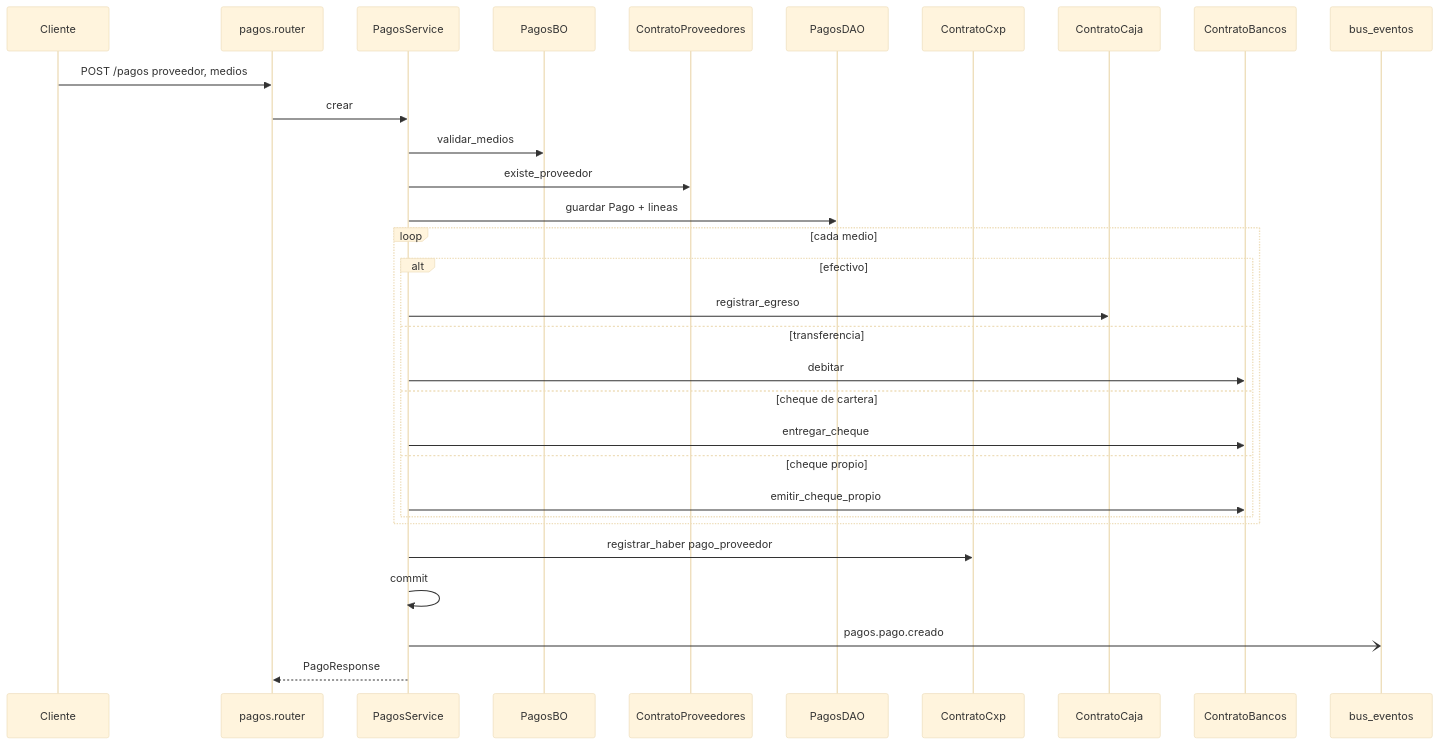
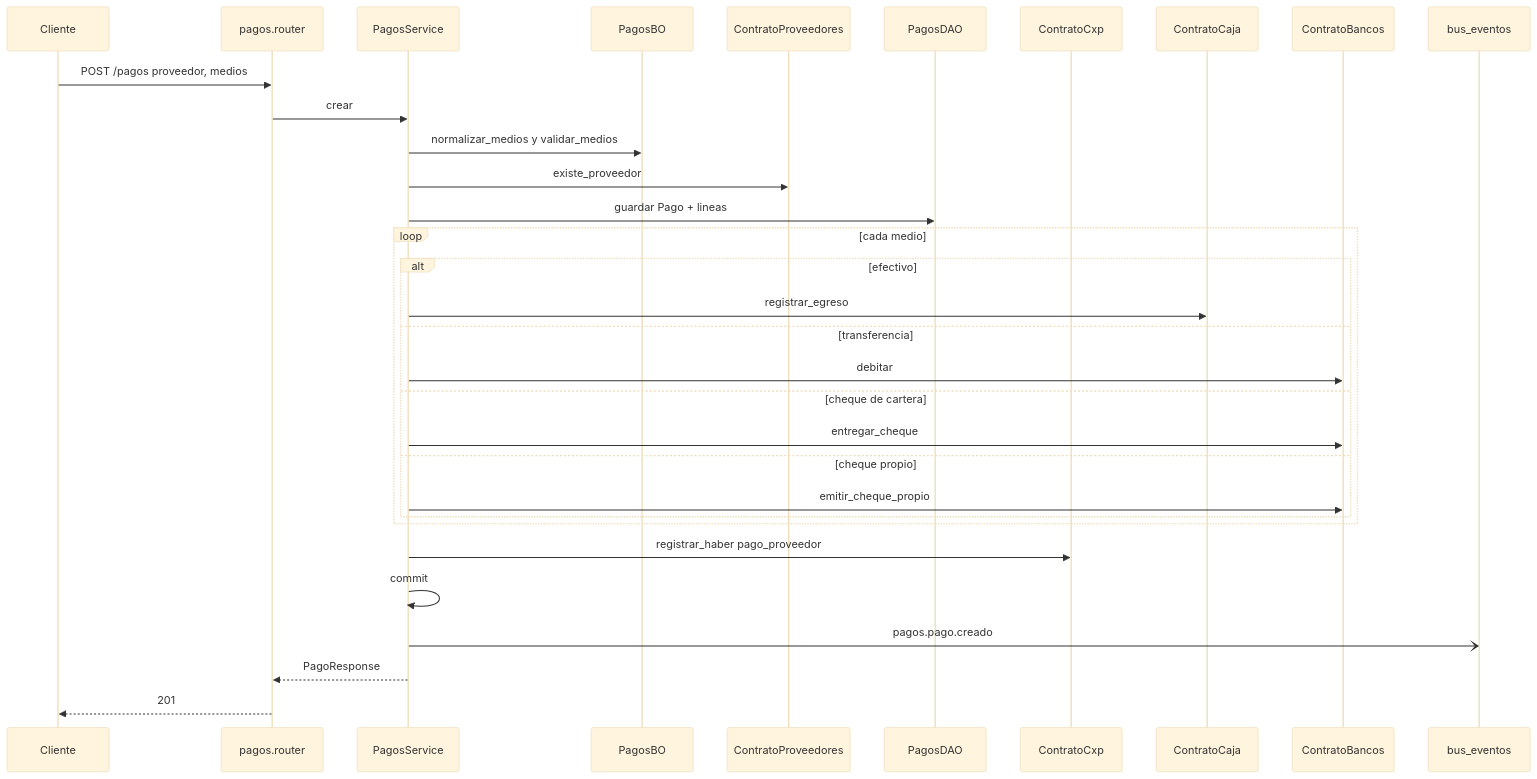
Before and after one commit to estsan3/ventas360-api: the diagram in docs/diagramas/pagos.md, drawn with Mermaid (base theme). The commit also changed other lines of this file and 20 other files, not shown here.

First line of the commit message:
docs: diagramas de secuencia por módulo (sync 2026-09-16)

````diff
--- a/docs/diagramas/pagos.md
+++ b/docs/diagramas/pagos.md
@@ -10,34 +10,35 @@
 ```mermaid
 sequenceDiagram
     participant Cliente
     participant Router as pagos.router
     participant Service as PagosService
     participant BO as PagosBO
     participant Prov as ContratoProveedores
     participant DAO as PagosDAO
     participant Cxp as ContratoCxp
     participant Caja as ContratoCaja
     participant Bancos as ContratoBancos
     participant Bus as bus_eventos
 
     Cliente->>Router: POST /pagos proveedor, medios
     Router->>Service: crear
-    Service->>BO: validar_medios
+    Service->>BO: normalizar_medios y validar_medios
     Service->>Prov: existe_proveedor
     Service->>DAO: guardar Pago + lineas
     loop cada medio
         alt efectivo
             Service->>Caja: registrar_egreso
         else transferencia
             Service->>Bancos: debitar
         else cheque de cartera
             Service->>Bancos: entregar_cheque
         else cheque propio
             Service->>Bancos: emitir_cheque_propio
         end
     end
     Service->>Cxp: registrar_haber pago_proveedor
     Service->>Service: commit
     Service-)Bus: pagos.pago.creado
     Service-->>Router: PagoResponse
+    Router-->>Cliente: 201
 ```
````
